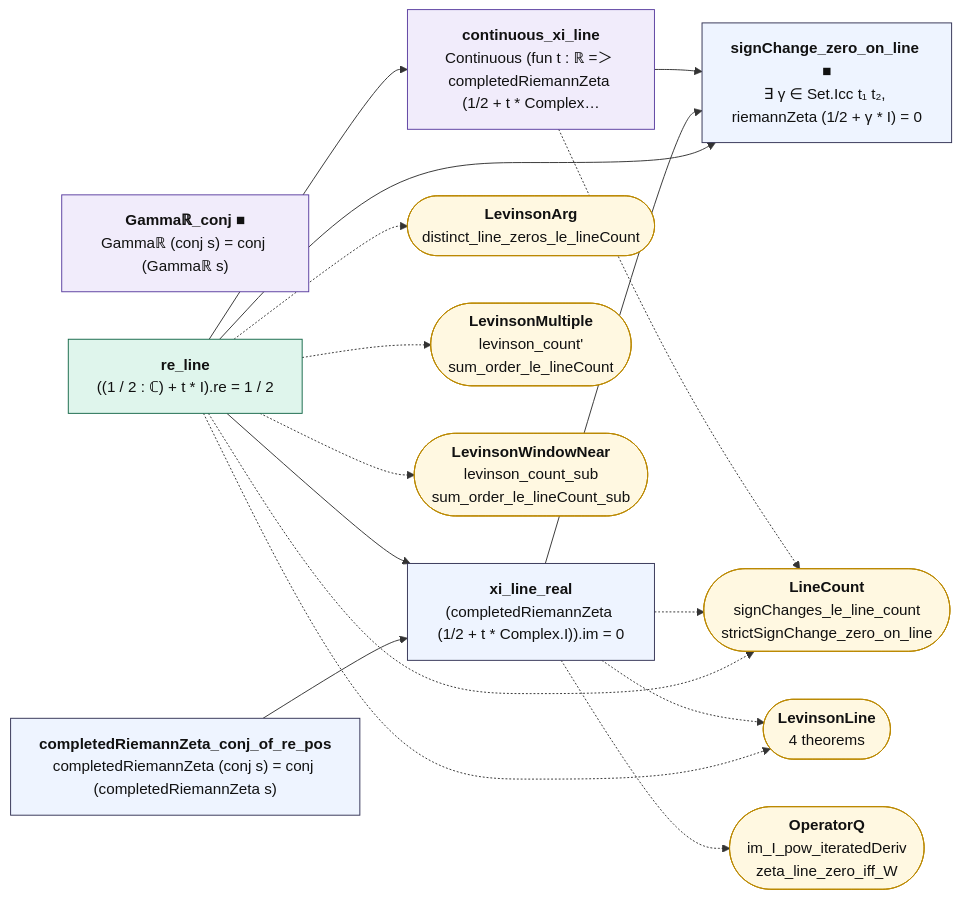
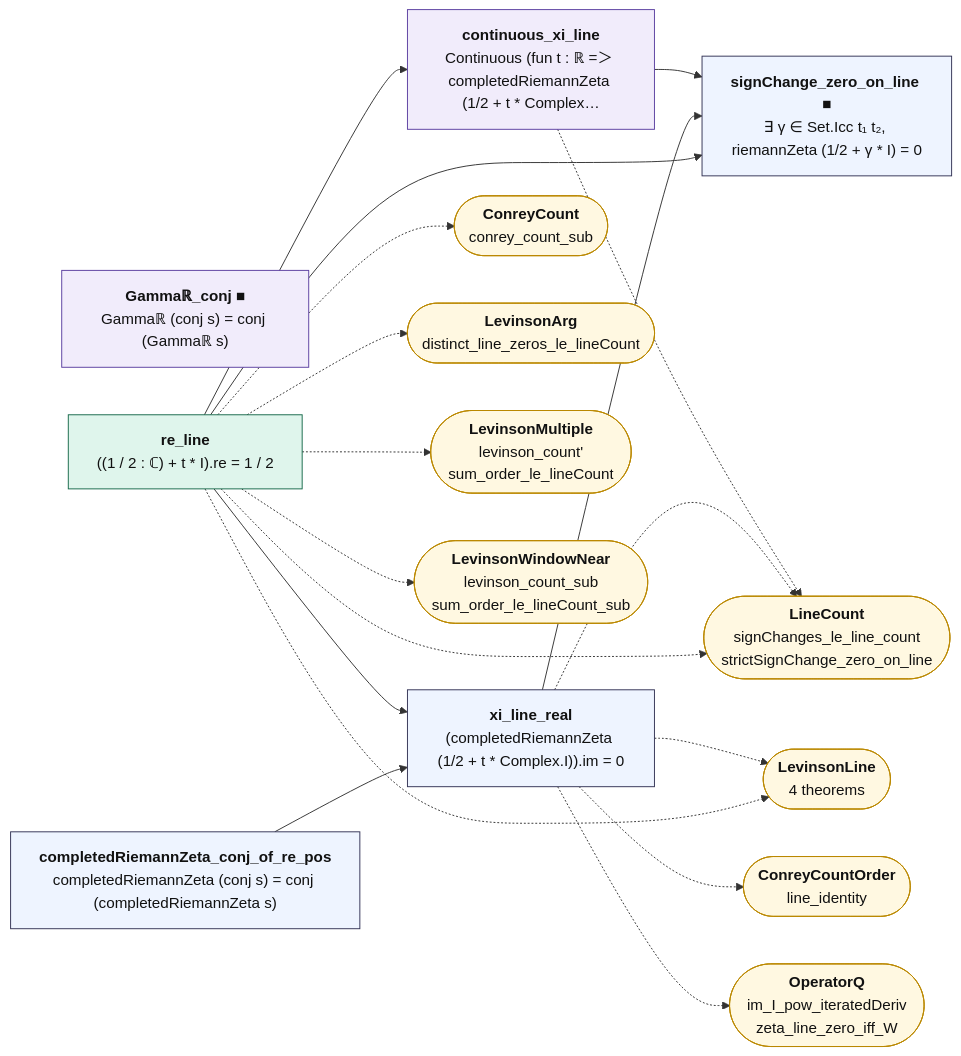
Before and after one commit to juliansambranojr/Primebeat_081426: the diagram in map/lean_stage3/HardyZ.md, drawn with Mermaid. The commit also changed other lines of this file and 48 other files, not shown here.

````diff
--- a/map/lean_stage3/HardyZ.md
+++ b/map/lean_stage3/HardyZ.md
@@ -14,38 +14,42 @@
 ```mermaid
 flowchart LR
   n0["<b>Gammaℝ_conj ■</b><br/>Gammaℝ (conj s) = conj (Gammaℝ s)"]:::shp
   n1["<b>completedRiemannZeta_conj_of_re_pos</b><br/>completedRiemannZeta (conj s) = conj (completedRiemannZeta s)"]:::thm
   n2["<b>re_line</b><br/>((1 / 2 : ℂ) + t * I).re = 1 / 2"]:::cnt
   n3["<b>xi_line_real</b><br/>(completedRiemannZeta (1/2 + t * Complex.I)).im = 0"]:::thm
   n4["<b>continuous_xi_line</b><br/>Continuous (fun t : ℝ =＞ completedRiemannZeta (1/2 + t * Complex…"]:::shp
   n5["<b>signChange_zero_on_line ■</b><br/>∃ γ ∈ Set.Icc t₁ t₂, riemannZeta (1/2 + γ * I) = 0"]:::thm
-  x0(["<b>LevinsonArg</b><br/>distinct_line_zeros_le_lineCount"]):::ext
-  x1(["<b>LevinsonLine</b><br/>4 theorems"]):::ext
-  x2(["<b>LevinsonMultiple</b><br/>levinson_count'<br/>sum_order_le_lineCount"]):::ext
-  x3(["<b>LevinsonWindowNear</b><br/>levinson_count_sub<br/>sum_order_le_lineCount_sub"]):::ext
-  x4(["<b>LineCount</b><br/>signChanges_le_line_count<br/>strictSignChange_zero_on_line"]):::ext
-  x5(["<b>OperatorQ</b><br/>im_I_pow_iteratedDeriv<br/>zeta_line_zero_iff_W"]):::ext
+  x0(["<b>ConreyCount</b><br/>conrey_count_sub"]):::ext
+  x1(["<b>LevinsonArg</b><br/>distinct_line_zeros_le_lineCount"]):::ext
+  x2(["<b>LevinsonLine</b><br/>4 theorems"]):::ext
+  x3(["<b>LevinsonMultiple</b><br/>levinson_count'<br/>sum_order_le_lineCount"]):::ext
+  x4(["<b>LevinsonWindowNear</b><br/>levinson_count_sub<br/>sum_order_le_lineCount_sub"]):::ext
+  x5(["<b>LineCount</b><br/>signChanges_le_line_count<br/>strictSignChange_zero_on_line"]):::ext
+  x6(["<b>ConreyCountOrder</b><br/>line_identity"]):::ext
+  x7(["<b>OperatorQ</b><br/>im_I_pow_iteratedDeriv<br/>zeta_line_zero_iff_W"]):::ext
   n1 --> n3
   n2 --> n3
   n2 --> n4
   n2 --> n5
   n3 --> n5
   n4 --> n5
   n2 -.-> x0
   n2 -.-> x1
   n2 -.-> x2
   n2 -.-> x3
   n2 -.-> x4
-  n3 -.-> x1
-  n3 -.-> x4
+  n2 -.-> x5
+  n3 -.-> x2
   n3 -.-> x5
-  n4 -.-> x4
+  n3 -.-> x6
+  n3 -.-> x7
+  n4 -.-> x5
   classDef cnt fill:#dff5ec,stroke:#17694a,color:#111
   classDef shp fill:#f1ecfb,stroke:#5b3fa0,color:#111
   classDef rh fill:#ffe5e5,stroke:#c22,color:#111,stroke-width:2px
   classDef thm fill:#eef4ff,stroke:#335,color:#111
   classDef end_ fill:#e7f7e7,stroke:#2a7,color:#111,stroke-width:2px
   classDef lone fill:#fff,stroke:#999,color:#111,stroke-dasharray:4 3
   classDef bad fill:#ffe5e5,stroke:#c22,color:#111,stroke-width:2px
   classDef ext fill:#fff8e1,stroke:#b80,color:#111
 ```
````
